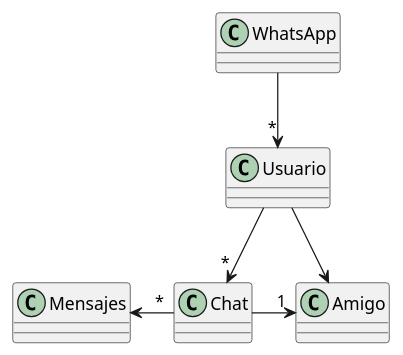
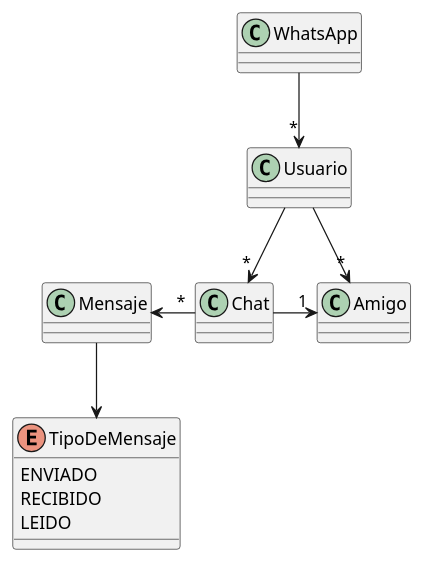
The diagram in Segundo Semestre/Practicas Personales/Chat_Practica/src/Diagramas.puml (FernandoHuilca/EPN-FernandoHuilca), drawn with PlantUML before and after one commit. The commit also changed 29 other files, not shown here.

```diff
--- a/Segundo Semestre/Practicas Personales/Chat_Practica/src/Diagramas.puml
+++ b/Segundo Semestre/Practicas Personales/Chat_Practica/src/Diagramas.puml
@@ -1,12 +1,18 @@
 @startuml
 'https://plantuml.com/class-diagram
 
 class WhatsApp {
 }
 
 WhatsApp -->"*" Usuario
-Usuario --> Amigo
+Usuario --> "*"Amigo
 Usuario --> "*" Chat
 Chat -> "1" Amigo
-Mensajes <- "*" Chat
+Mensaje <- "*" Chat
+Mensaje --> TipoDeMensaje
+enum TipoDeMensaje{
+    ENVIADO
+    RECIBIDO
+    LEIDO
+}
 @enduml
```
